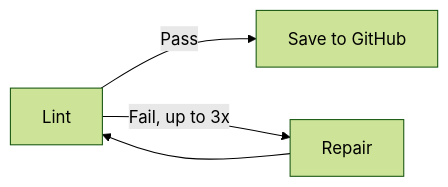
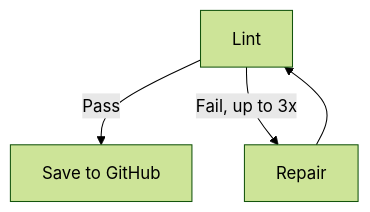
The second of 2 diagrams in README.md (kevinsundstrom/vercel-case-study), drawn with Mermaid (forest theme) before and after one commit. The commit also changed other lines of this file, not shown here.

Commit message:
fix: add padding node to top diagram, switch lint loop to TD

````diff
--- a/README.md
+++ b/README.md
@@ -36,6 +37,6 @@
 ```mermaid
-flowchart LR
+flowchart TD
     F[Lint] -->|Pass| G[Save to GitHub]
     F -->|Fail, up to 3x| H[Repair]
     H --> F
 ```
````
